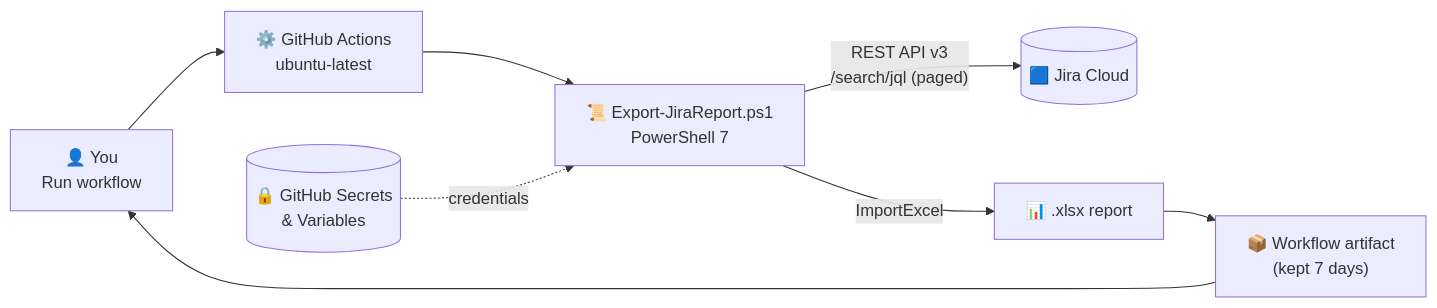
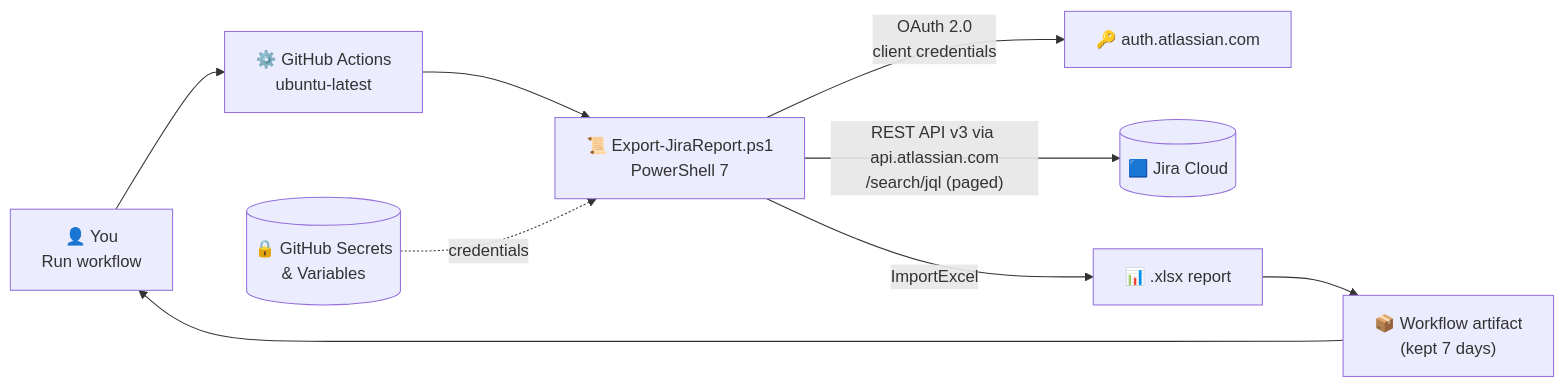
One commit to 21bshwjt/GHActions_JIRA changed the diagram in README.md. Above: the diagram before and after it, drawn with Mermaid. The commit also changed other lines of this file and 2 other files, not shown here.

````diff
--- a/README.md
+++ b/README.md
@@ -77,10 +78,11 @@
 ```mermaid
 flowchart LR
     U["👤 You<br/>Run workflow"] --> GA["⚙️ GitHub Actions<br/>ubuntu-latest"]
     GA --> PS["📜 Export-JiraReport.ps1<br/>PowerShell 7"]
     S[("🔒 GitHub Secrets<br/>& Variables")] -. credentials .-> PS
-    PS -- "REST API v3<br/>/search/jql (paged)" --> J[("🟦 Jira Cloud")]
+    PS -- "OAuth 2.0<br/>client credentials" --> O["🔑 auth.atlassian.com"]
+    PS -- "REST API v3 via api.atlassian.com<br/>/search/jql (paged)" --> J[("🟦 Jira Cloud")]
     PS -- "ImportExcel" --> X["📊 .xlsx report"]
     X --> A["📦 Workflow artifact<br/>(kept 7 days)"]
     A --> U
 ```
````
